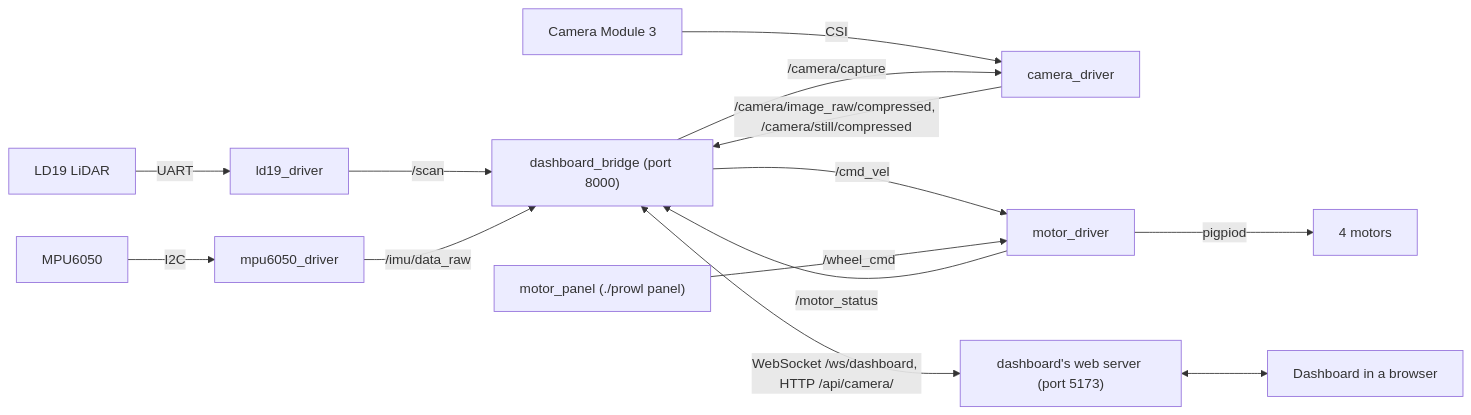
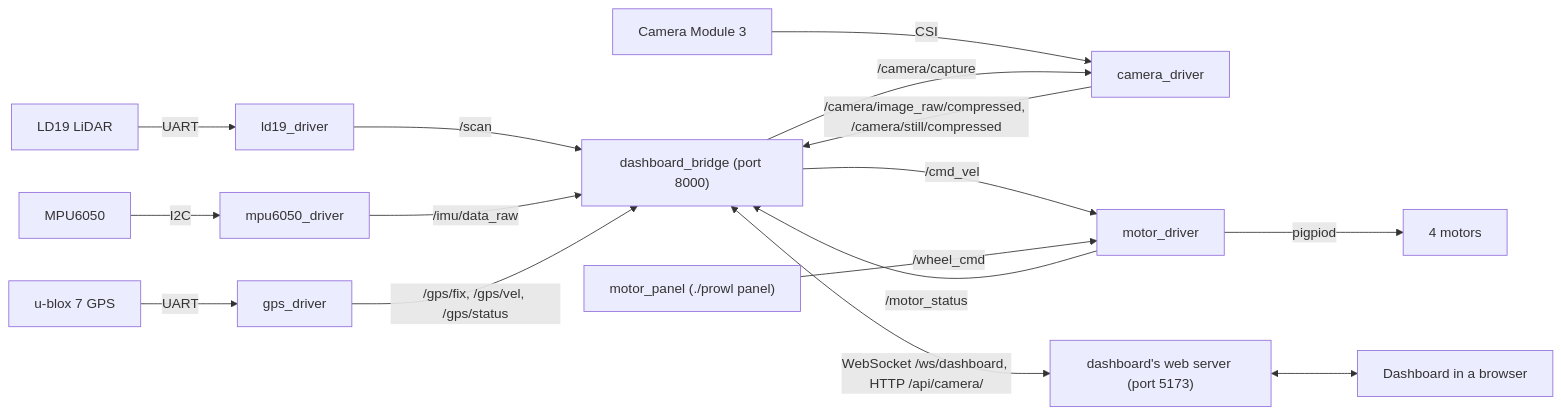
Before and after one commit to matthewthomasbeck/Prowl: the diagram in docs/architecture.md, drawn with Mermaid. The commit also changed other lines of this file and 45 other files, not shown here.

First line of the commit message:
GPS: u-blox 7 driver, and a GPS page with an Earth globe

````diff
--- a/docs/architecture.md
+++ b/docs/architecture.md
@@ -7,16 +7,18 @@
 ```mermaid
 flowchart LR
   lidar["LD19 LiDAR"] -->|UART| ld19["ld19_driver"]
   mpu["MPU6050"] -->|I2C| imu["mpu6050_driver"]
   cam["Camera Module 3"] -->|CSI| camera["camera_driver"]
+  gpsmod["u-blox 7 GPS"] -->|UART| gps["gps_driver"]
   ld19 -->|/scan| bridge["dashboard_bridge (port 8000)"]
   imu -->|/imu/data_raw| bridge
   camera -->|"/camera/image_raw/compressed, /camera/still/compressed"| bridge
   bridge -->|/camera/capture| camera
+  gps -->|"/gps/fix, /gps/vel, /gps/status"| bridge
   motor["motor_driver"] -->|/motor_status| bridge
   bridge -->|/cmd_vel| motor
   panel["motor_panel (./prowl panel)"] -->|/wheel_cmd| motor
   motor -->|pigpiod| wheels["4 motors"]
   bridge <-->|"WebSocket /ws/dashboard, HTTP /api/camera/"| web["dashboard's web server (port 5173)"]
   web <--> browser["Dashboard in a browser"]
 ```
````
